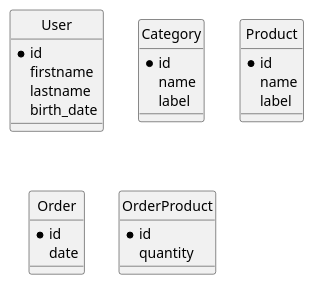
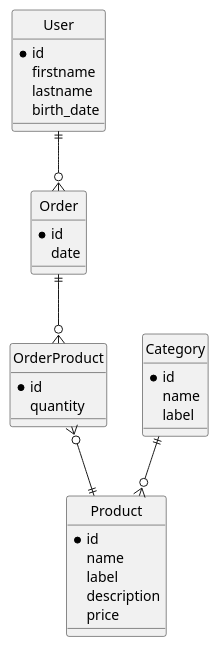
Before and after one commit to ThibBer/SportProducts: the diagram in schema/entityRelation.puml, drawn with PlantUML. The commit also changed 1 other file, not shown here.

Commit message:
Database diagrams

```diff
--- a/schema/entityRelation.puml
+++ b/schema/entityRelation.puml
@@ -1,32 +1,40 @@
 @startuml
 hide circle
 
 entity User {
     * id
     firstname
     lastname
     birth_date
 }
 
 entity Category {
     * id
     name
     label
 }
 
 entity Product  {
     * id
     name
     label
+    description
+    price
 }
 
 entity Order {
     *id
     date
 }
 
 entity OrderProduct {
     *id
     quantity
 }
+
+Order ||--o{ OrderProduct
+User ||--o{ Order
+Category ||--o{ Product
+OrderProduct }o--|| Product
+
 @enduml
```
